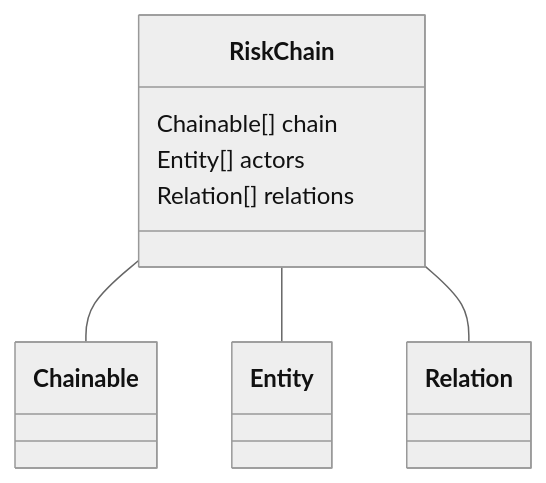
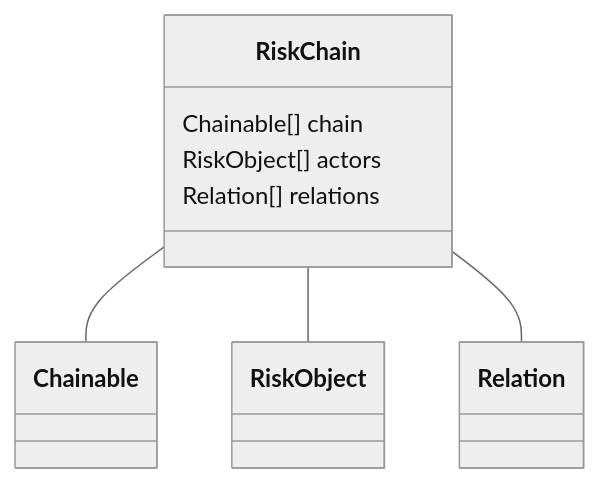
The diagram in datamodel-build/mermaid/RiskChain.mmd (codexstanford/Insurance-Payout-Ontology), drawn with Mermaid (neutral theme) before and after one commit. The commit also changed 92 other files, not shown here.

```diff
--- a/datamodel-build/mermaid/RiskChain.mmd
+++ b/datamodel-build/mermaid/RiskChain.mmd
@@ -1,13 +1,13 @@
 classDiagram
   RiskChain -- Chainable
-RiskChain -- Entity
+RiskChain -- RiskObject
 RiskChain -- Relation
 
 
 class RiskChain {
 
   Chainable[] chain
-  Entity[] actors
+  RiskObject[] actors
   Relation[] relations
 
 }
```
